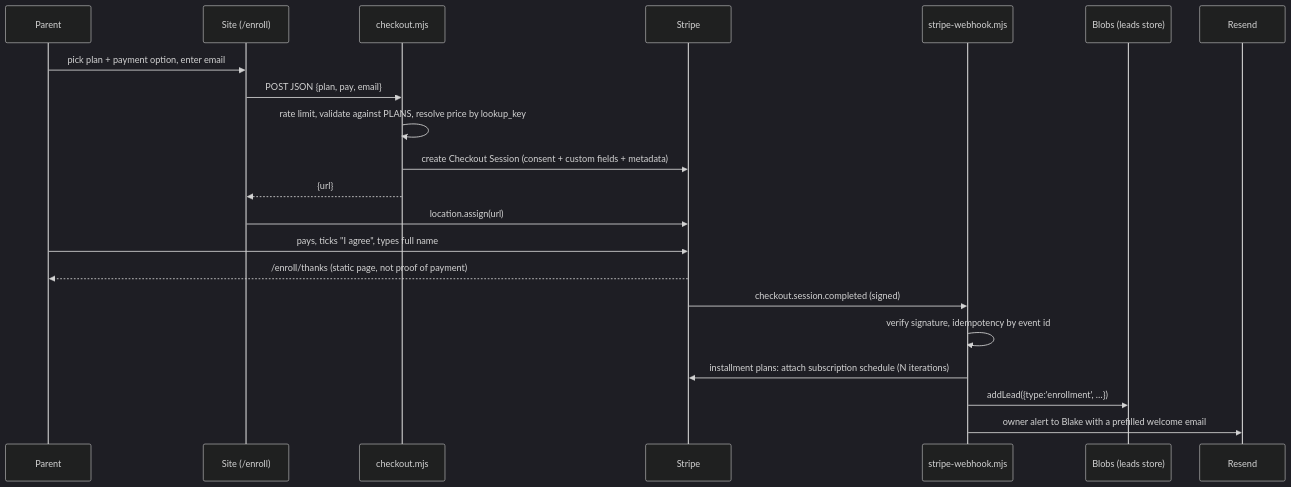
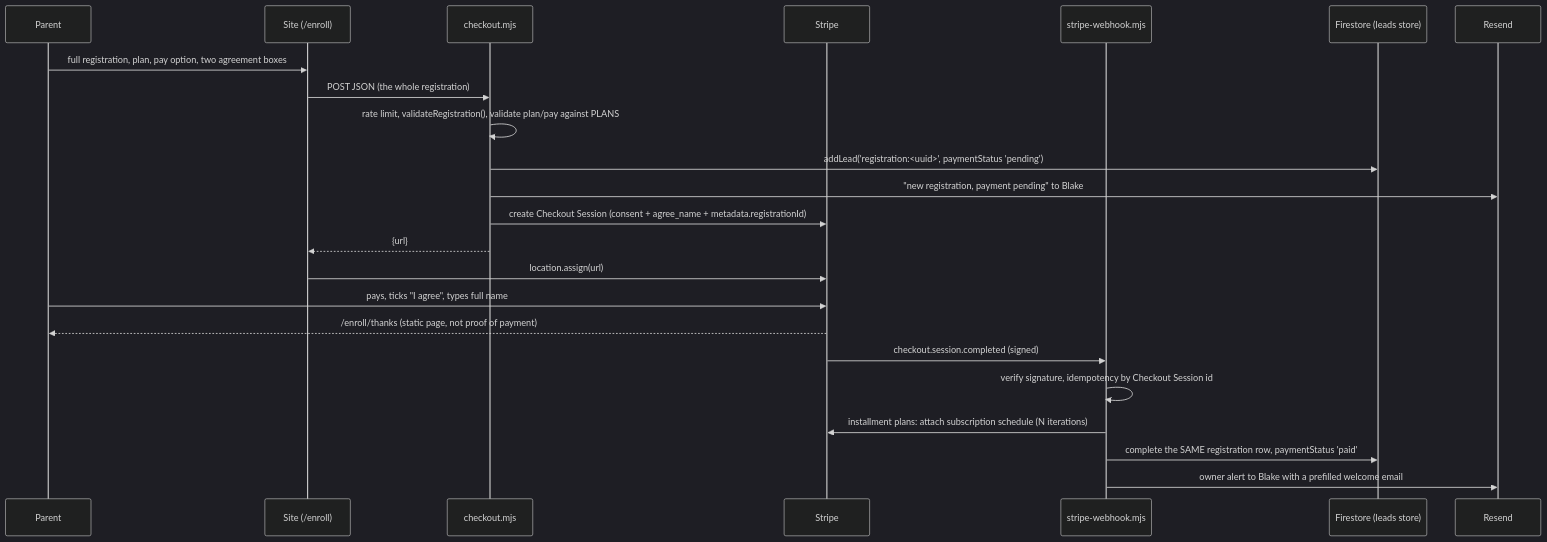
One commit to shaver3josiah/fast-basketball-site changed the diagram in STRIPE-PLAN.md. Above: the diagram before and after it, drawn with Mermaid (dark theme). The commit also changed other lines of this file and 2 other files, not shown here.

First line of the commit message:
Bring the owner guide, the Stripe note and the timeline up to the enrollment form

````diff
--- a/STRIPE-PLAN.md
+++ b/STRIPE-PLAN.md
@@ -112,24 +112,26 @@
 ```mermaid
 sequenceDiagram
   participant P as Parent
   participant S as Site (/enroll)
   participant F as checkout.mjs
   participant ST as Stripe
   participant W as stripe-webhook.mjs
-  participant B as Blobs (leads store)
+  participant B as Firestore (leads store)
   participant R as Resend
 
-  P->>S: pick plan + payment option, enter email
-  S->>F: POST JSON {plan, pay, email}
-  F->>F: rate limit, validate against PLANS, resolve price by lookup_key
-  F->>ST: create Checkout Session (consent + custom fields + metadata)
+  P->>S: full registration, plan, pay option, two agreement boxes
+  S->>F: POST JSON (the whole registration)
+  F->>F: rate limit, validateRegistration(), validate plan/pay against PLANS
+  F->>B: addLead('registration:<uuid>', paymentStatus 'pending')
+  F->>R: "new registration, payment pending" to Blake
+  F->>ST: create Checkout Session (consent + agree_name + metadata.registrationId)
   F-->>S: {url}
   S->>ST: location.assign(url)
   P->>ST: pays, ticks "I agree", types full name
   ST-->>P: /enroll/thanks  (static page, not proof of payment)
   ST->>W: checkout.session.completed (signed)
-  W->>W: verify signature, idempotency by event id
+  W->>W: verify signature, idempotency by Checkout Session id
   W->>ST: installment plans: attach subscription schedule (N iterations)
-  W->>B: addLead({type:'enrollment', …})
+  W->>B: complete the SAME registration row, paymentStatus 'paid'
   W->>R: owner alert to Blake with a prefilled welcome email
 ```
````
